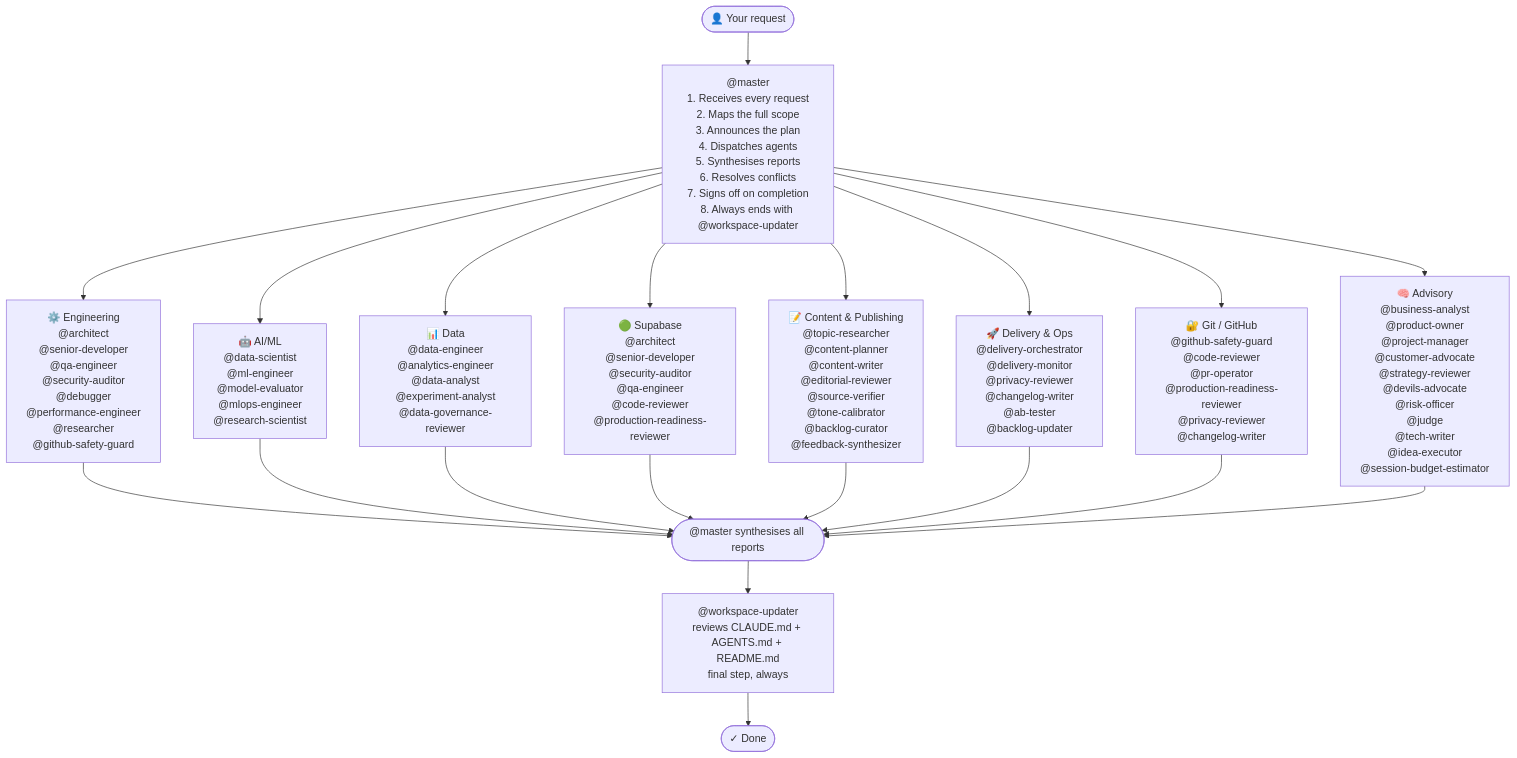
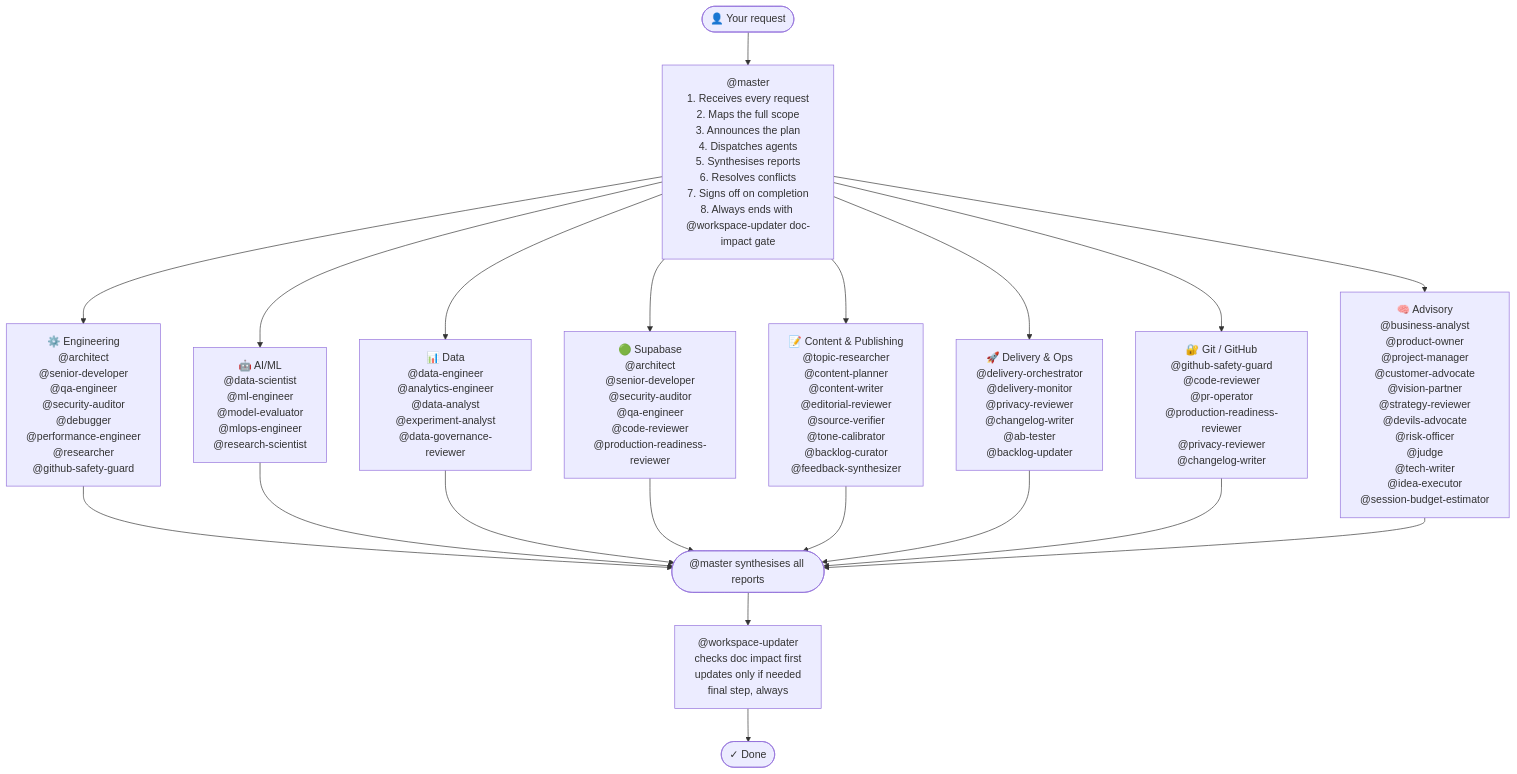
One commit to Konstantinos-Sakellariou/claude-team-kit changed the diagram in README.md. Above: the diagram before and after it, drawn with Mermaid. The commit also changed other lines of this file and 14 other files, not shown here.

Commit message:
feat(workspace): add adaptive doc sync and vision partner

````diff
--- a/README.md
+++ b/README.md
@@ -248,31 +253,31 @@
 ```mermaid
 flowchart TD
     USER(["👤 Your request"])
     USER --> MASTER
 
-    MASTER["@master\n1. Receives every request\n2. Maps the full scope\n3. Announces the plan\n4. Dispatches agents\n5. Synthesises reports\n6. Resolves conflicts\n7. Signs off on completion\n8. Always ends with @workspace-updater"]
+    MASTER["@master\n1. Receives every request\n2. Maps the full scope\n3. Announces the plan\n4. Dispatches agents\n5. Synthesises reports\n6. Resolves conflicts\n7. Signs off on completion\n8. Always ends with @workspace-updater doc-impact gate"]
 
     MASTER --> ENG["⚙️ Engineering\n@architect\n@senior-developer\n@qa-engineer\n@security-auditor\n@debugger\n@performance-engineer\n@researcher\n@github-safety-guard"]
     MASTER --> ML["🤖 AI/ML\n@data-scientist\n@ml-engineer\n@model-evaluator\n@mlops-engineer\n@research-scientist"]
     MASTER --> DATA["📊 Data\n@data-engineer\n@analytics-engineer\n@data-analyst\n@experiment-analyst\n@data-governance-reviewer"]
     MASTER --> SUPA["🟢 Supabase\n@architect\n@senior-developer\n@security-auditor\n@qa-engineer\n@code-reviewer\n@production-readiness-reviewer"]
 
     MASTER --> CONT["📝 Content & Publishing\n@topic-researcher\n@content-planner\n@content-writer\n@editorial-reviewer\n@source-verifier\n@tone-calibrator\n@backlog-curator\n@feedback-synthesizer"]
 
     MASTER --> DELIV["🚀 Delivery & Ops\n@delivery-orchestrator\n@delivery-monitor\n@privacy-reviewer\n@changelog-writer\n@ab-tester\n@backlog-updater"]
     MASTER --> GIT["🔐 Git / GitHub\n@github-safety-guard\n@code-reviewer\n@pr-operator\n@production-readiness-reviewer\n@privacy-reviewer\n@changelog-writer"]
 
-    MASTER --> ADV["🧠 Advisory\n@business-analyst\n@product-owner\n@project-manager\n@customer-advocate\n@strategy-reviewer\n@devils-advocate\n@risk-officer\n@judge\n@tech-writer\n@idea-executor\n@session-budget-estimator"]
+    MASTER --> ADV["🧠 Advisory\n@business-analyst\n@product-owner\n@project-manager\n@customer-advocate\n@vision-partner\n@strategy-reviewer\n@devils-advocate\n@risk-officer\n@judge\n@tech-writer\n@idea-executor\n@session-budget-estimator"]
 
     ENG --> SYNTH(["@master synthesises all reports"])
     ML --> SYNTH
     DATA --> SYNTH
     SUPA --> SYNTH
     CONT --> SYNTH
     DELIV --> SYNTH
     GIT --> SYNTH
     ADV --> SYNTH
 
-    SYNTH --> WU["@workspace-updater\nreviews CLAUDE.md + AGENTS.md + README.md\nfinal step, always"]
+    SYNTH --> WU["@workspace-updater\nchecks doc impact first\nupdates only if needed\nfinal step, always"]
     WU --> DONE(["✓ Done"])
 ```
````
